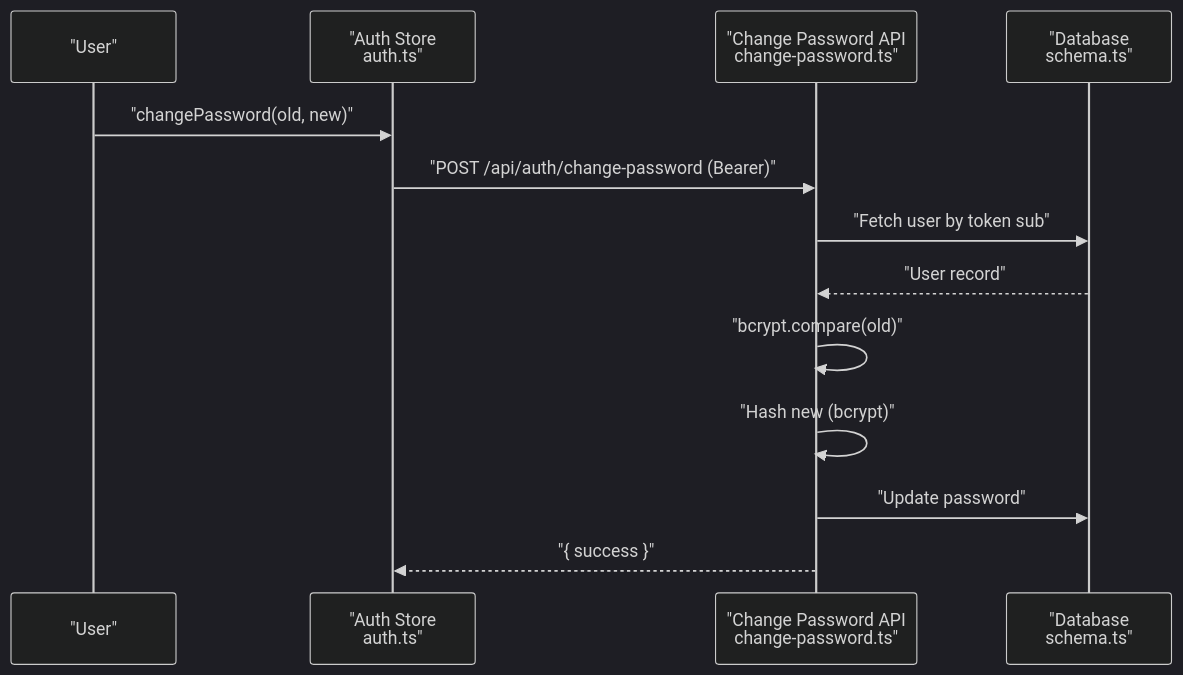
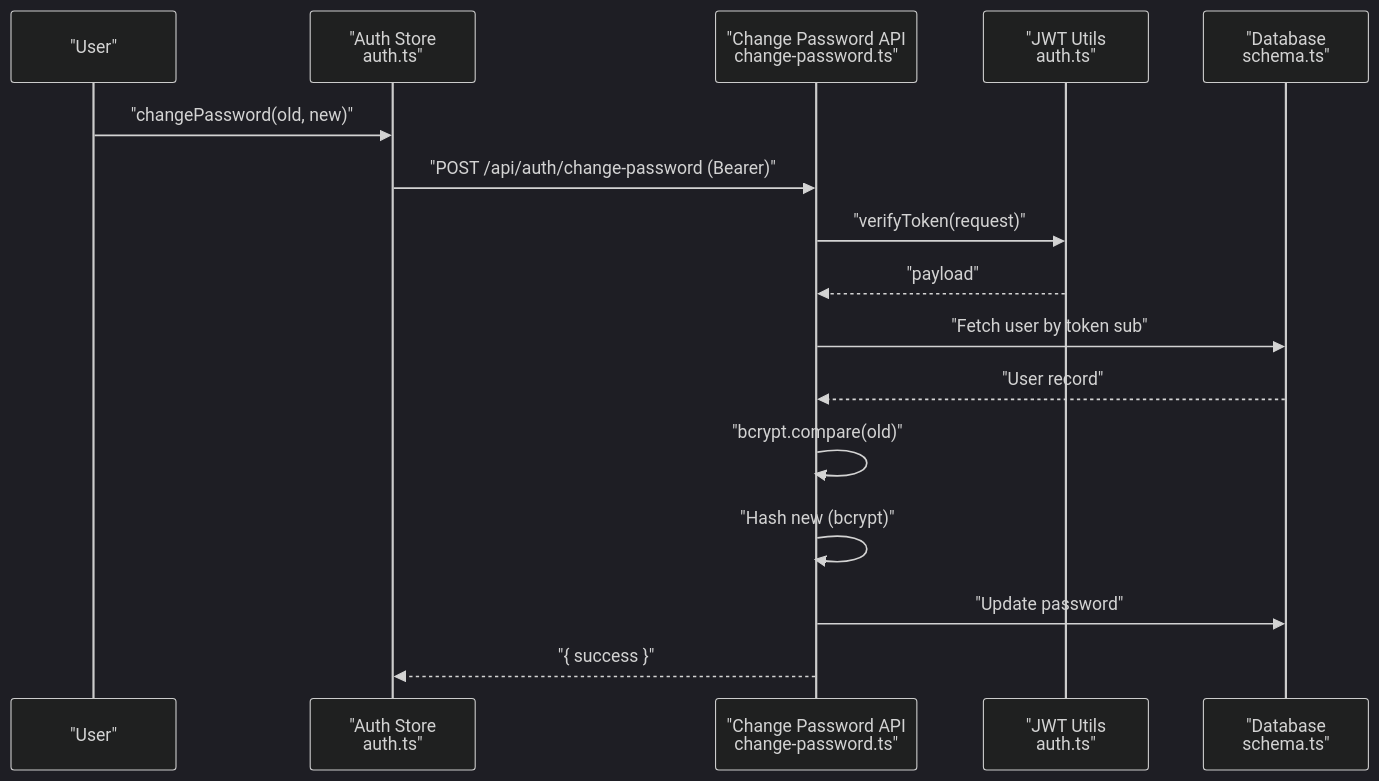
The fifth of 8 diagrams in .qoder/repowiki/en/content/Authentication & Authorization.md (riod94/ngepos), drawn with Mermaid (dark theme) before and after one commit. The commit also changed other lines of this file and 51 other files, not shown here.

````diff
--- a/.qoder/repowiki/en/content/Authentication & Authorization.md
+++ b/.qoder/repowiki/en/content/Authentication & Authorization.md
@@ -277,15 +322,18 @@
 ```mermaid
 sequenceDiagram
 participant U as "User"
 participant S as "Auth Store<br/>auth.ts"
 participant CP as "Change Password API<br/>change-password.ts"
+participant JWT as "JWT Utils<br/>auth.ts"
 participant DB as "Database<br/>schema.ts"
 U->>S : "changePassword(old, new)"
 S->>CP : "POST /api/auth/change-password (Bearer)"
+CP->>JWT : "verifyToken(request)"
+JWT-->>CP : "payload"
 CP->>DB : "Fetch user by token sub"
 DB-->>CP : "User record"
 CP->>CP : "bcrypt.compare(old)"
 CP->>CP : "Hash new (bcrypt)"
 CP->>DB : "Update password"
 CP-->>S : "{ success }"
 ```
````
